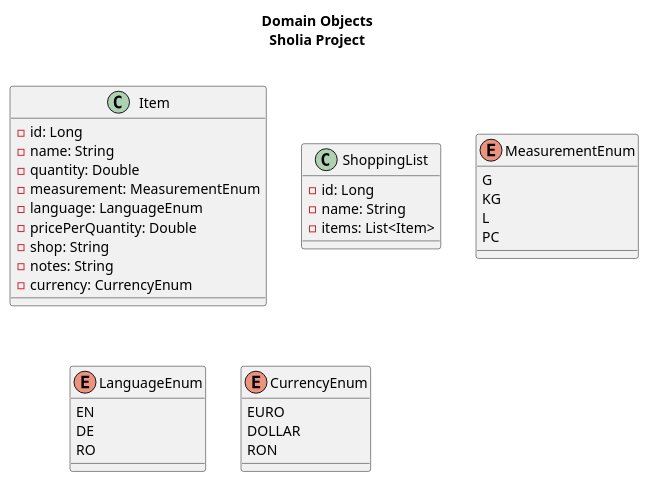
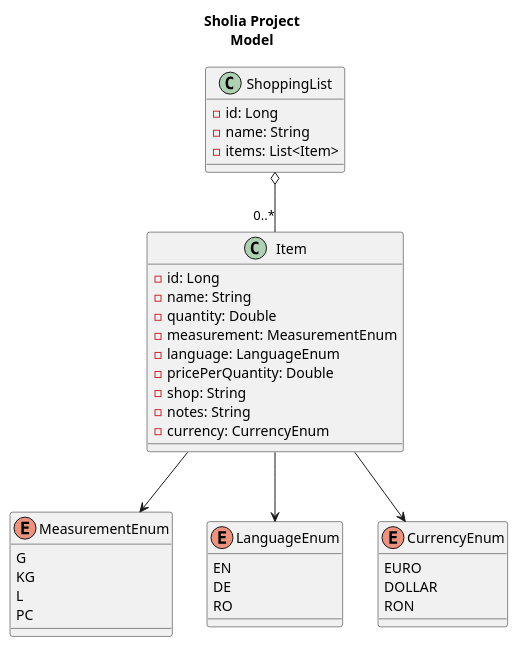
One commit to vladflore/sholia changed the diagram in backend/diagrams/model.puml. Above: the diagram before and after it, drawn with PlantUML. The commit also changed 3 other files, not shown here.

Commit message:
Add diagrams for packages, collaborators and model

```diff
--- a/backend/diagrams/model.puml
+++ b/backend/diagrams/model.puml
@@ -1,42 +1,48 @@
 @startuml
 
-title Domain Objects\nSholia Project\n
+title Sholia Project\nModel
 
 class Item {
 - id: Long
 - name: String
 - quantity: Double
 - measurement: MeasurementEnum
 - language: LanguageEnum
 - pricePerQuantity: Double
 - shop: String
 - notes: String
 - currency: CurrencyEnum
 }
 
 class ShoppingList{
 - id: Long
 - name: String
 - items: List<Item>
 }
 
 enum MeasurementEnum {
 G
 KG
 L
 PC
 }
 
 enum LanguageEnum{
 EN
 DE
 RO
 }
 
 enum CurrencyEnum{
 EURO
 DOLLAR
 RON
 }
 
+Item --> MeasurementEnum
+Item --> LanguageEnum
+Item --> CurrencyEnum
+
+ShoppingList o-- "0..*" Item
+
 @enduml
```
